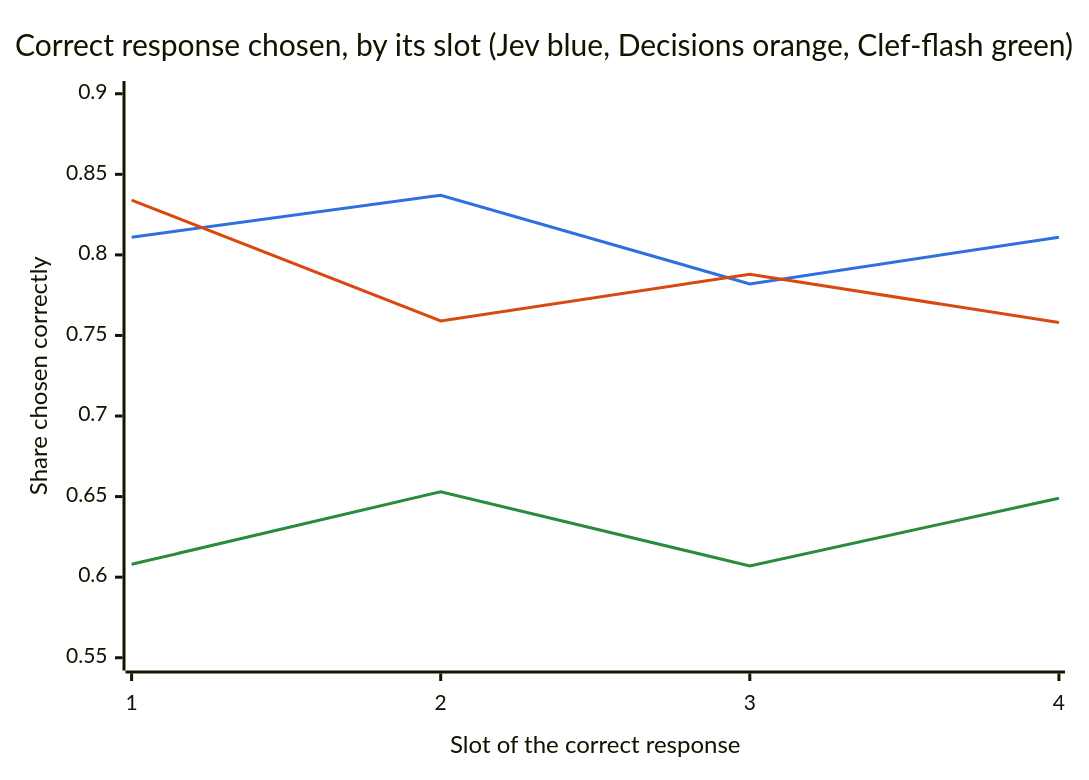
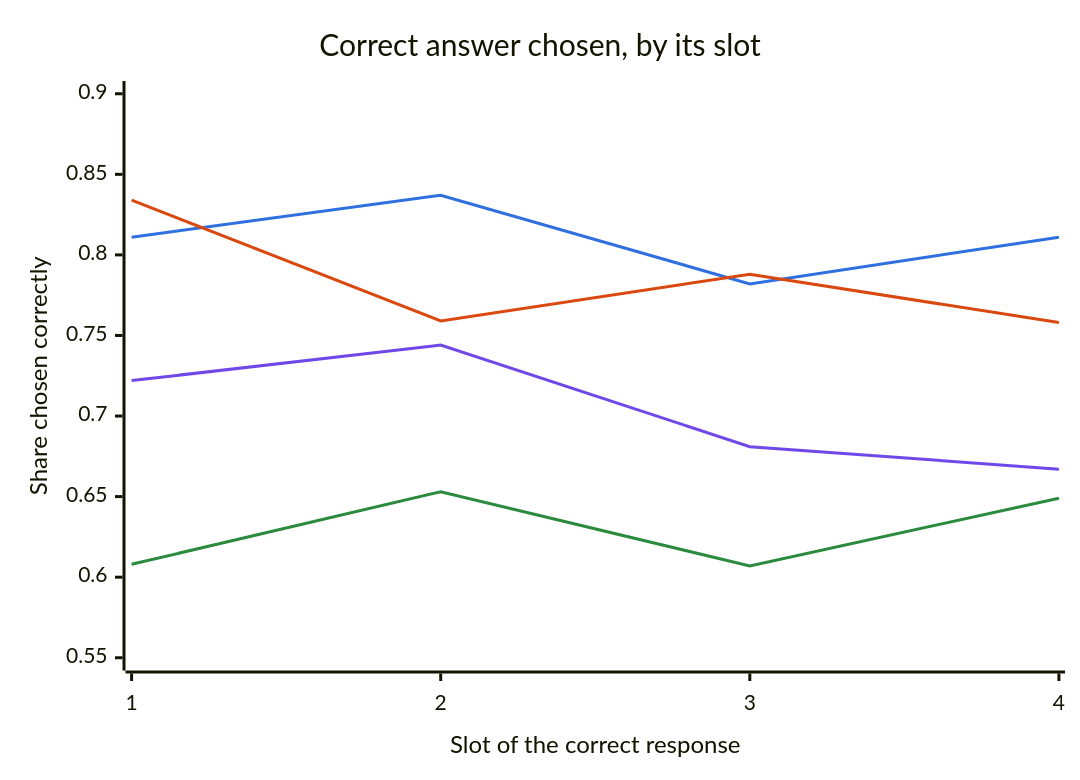
The second of 3 diagrams in results/analysis.md (dorkitude/order-blind-decisions), drawn with Mermaid before and after one commit. The commit also changed other lines of this file and 16 other files, not shown here.

````diff
--- a/results/analysis.md
+++ b/results/analysis.md
@@ -68,10 +74,11 @@
 ```mermaid
-%%{init: {"themeVariables": {"xyChart": {"plotColorPalette": "#2f6fdf, #d9480f, #2b8a3e"}}}}%%
+%%{init: {"themeVariables": {"xyChart": {"plotColorPalette": "#2f6fdf, #d9480f, #2b8a3e, #7048e8"}}}}%%
 xychart-beta
-    title "Correct response chosen, by its slot (Jev blue, Decisions orange, Clef-flash green)"
+    title "Correct answer chosen, by its slot"
     x-axis "Slot of the correct response" [1, 2, 3, 4]
     y-axis "Share chosen correctly" 0.55 --> 0.90
     line [0.811, 0.837, 0.782, 0.811]
     line [0.834, 0.759, 0.788, 0.758]
     line [0.608, 0.653, 0.607, 0.649]
+    line [0.722, 0.744, 0.681, 0.667]
 ```
````
